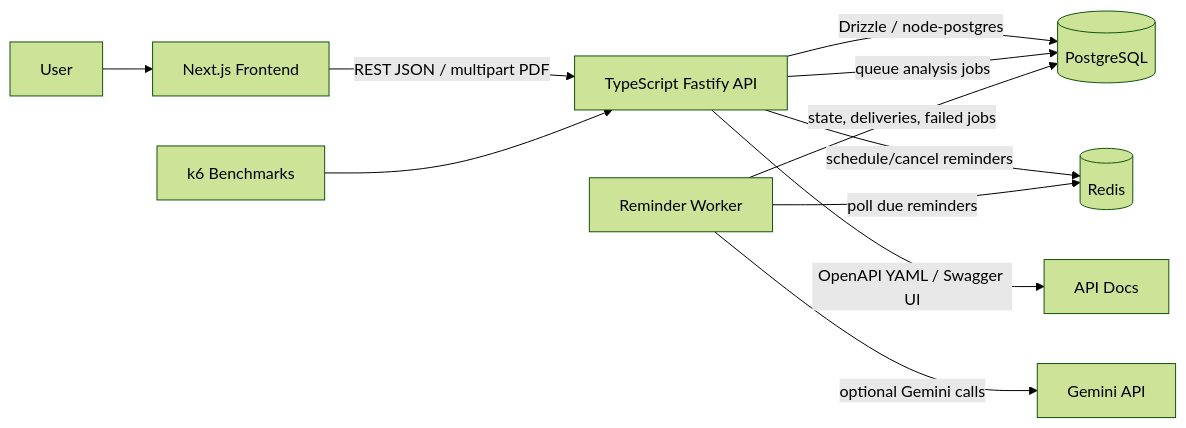
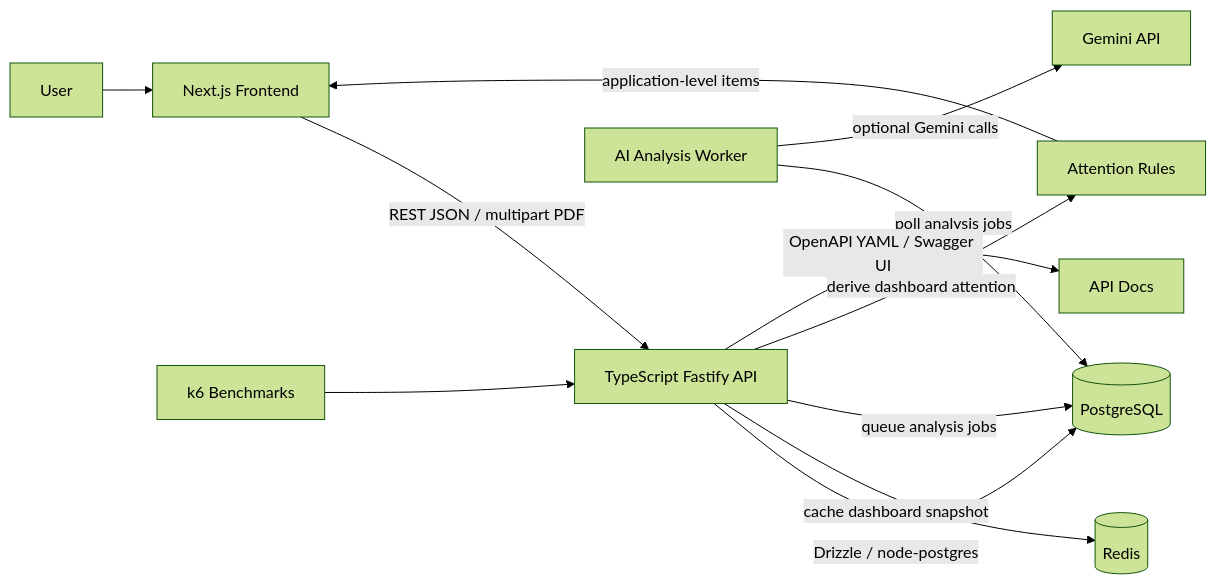
The diagram in docs/reference/architecture.md (tiongMax/career-os), drawn with Mermaid (forest theme) before and after one commit. The commit also changed other lines of this file and 36 other files, not shown here.

Commit message:
feat: add dashboard attention queue (#55)

````diff
--- a/docs/reference/architecture.md
+++ b/docs/reference/architecture.md
@@ -75,13 +74,14 @@
 ```mermaid
 flowchart LR
   User[User] --> UI[Next.js Frontend]
   UI -->|REST JSON / multipart PDF| API[TypeScript Fastify API]
   API -->|Drizzle / node-postgres| DB[(PostgreSQL)]
-  API -->|schedule/cancel reminders| Redis[(Redis)]
+  API -->|cache dashboard snapshot| Redis[(Redis)]
   API -->|queue analysis jobs| DB
-  Worker[Reminder Worker] -->|poll due reminders| Redis
-  Worker -->|state, deliveries, failed jobs| DB
+  API -->|derive dashboard attention| Attention[Attention Rules]
+  Attention -->|application-level items| UI
+  Worker[AI Analysis Worker] -->|poll analysis jobs| DB
   Worker -->|optional Gemini calls| Gemini[Gemini API]
   API -->|OpenAPI YAML / Swagger UI| Docs[API Docs]
   Bench[k6 Benchmarks] --> API
 ```
````
